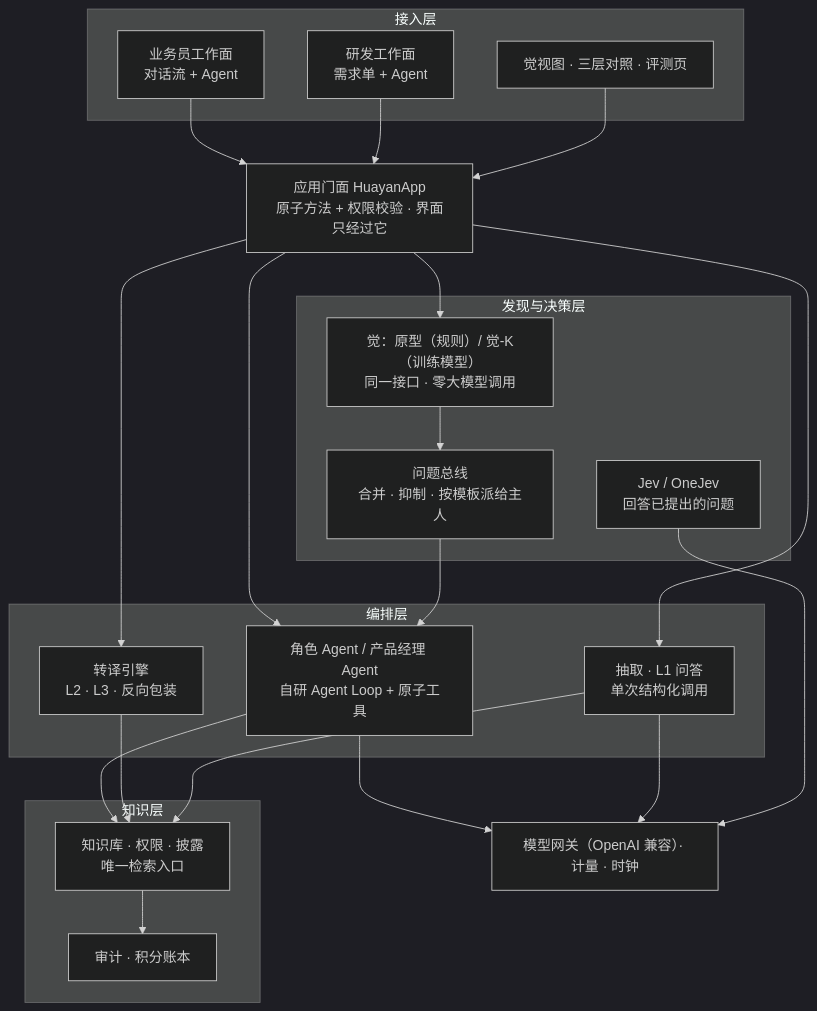
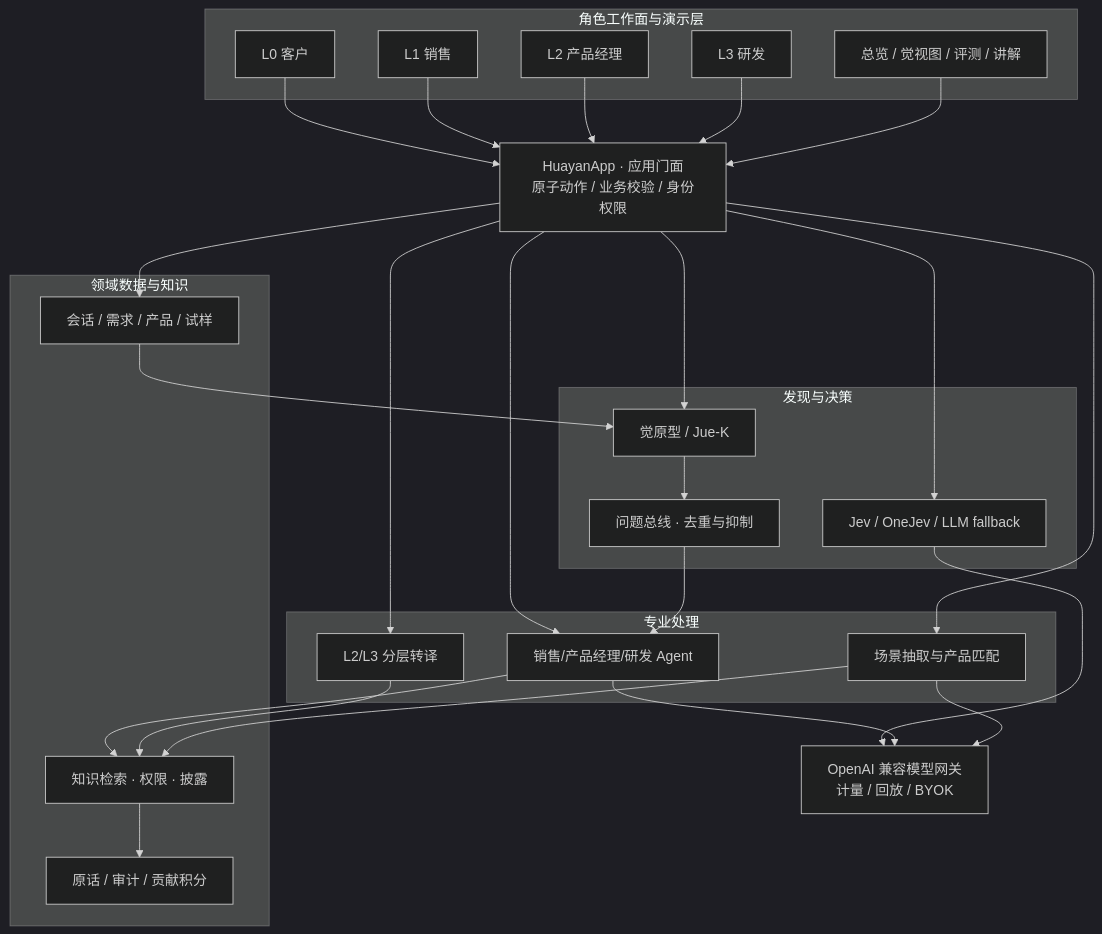
The fifth of 6 diagrams in README.md (Deliaru/Hua-Yan), drawn with Mermaid (dark theme) before and after one commit. The commit also changed other lines of this file and 21 other files, not shown here.

````diff
--- a/README.md
+++ b/README.md
@@ -622,31 +711,35 @@
 ```mermaid
 flowchart TB
-    subgraph 接入层
-        W1["业务员工作面<br/>对话流 + Agent"]
-        W2["研发工作面<br/>需求单 + Agent"]
-        JV["觉视图 · 三层对照 · 评测页"]
+    subgraph UI["角色工作面与演示层"]
+      L0["L0 客户"]
+      L1["L1 销售"]
+      L2["L2 产品经理"]
+      L3["L3 研发"]
+      OBS["总览 / 觉视图 / 评测 / 讲解"]
     end
-    APP["应用门面 HuayanApp<br/>原子方法 + 权限校验 · 界面只经过它"]
-    subgraph 编排层
-        AG["角色 Agent / 产品经理 Agent<br/>自研 Agent Loop + 原子工具"]
-        TR["转译引擎<br/>L2 · L3 · 反向包装"]
-        EX["抽取 · L1 问答<br/>单次结构化调用"]
+    APP["HuayanApp · 应用门面<br/>原子动作 / 业务校验 / 身份权限"]
+    subgraph THINK["发现与决策"]
+      J["觉原型 / Jue-K"]
+      HUB["问题总线 · 去重与抑制"]
+      V["Jev / OneJev / LLM fallback"]
     end
-    subgraph 发现与决策层
-        觉["觉：原型（规则）/ 觉-K（训练模型）<br/>同一接口 · 零大模型调用"]
-        BUS["问题总线<br/>合并 · 抑制 · 按模板派给主人"]
-        JEV["Jev / OneJev<br/>回答已提出的问题"]
+    subgraph WORK["专业处理"]
+      AG["销售/产品经理/研发 Agent"]
+      EX["场景抽取与产品匹配"]
+      TR["L2/L3 分层转译"]
     end
-    subgraph 知识层
-        KB["知识库 · 权限 · 披露<br/>唯一检索入口"]
-        LED["审计 · 积分账本"]
+    subgraph DATA["领域数据与知识"]
+      KB["知识检索 · 权限 · 披露"]
+      STATE["会话 / 需求 / 产品 / 试样"]
+      LED["原话 / 审计 / 贡献积分"]
     end
-    GW["模型网关（OpenAI 兼容）· 计量 · 时钟"]
-    W1 & W2 & JV --> APP
-    APP --> AG & TR & EX
-    觉 --> BUS --> AG
-    APP --> 觉
+    GW["OpenAI 兼容模型网关<br/>计量 / 回放 / BYOK"]
+    L0 & L1 & L2 & L3 & OBS --> APP
+    APP --> J & STATE & EX & TR & AG
+    J --> HUB --> AG
+    APP --> V
+    V & AG & EX --> GW
     AG & TR & EX --> KB
     KB --> LED
-    AG & EX & JEV --> GW
+    STATE --> J
 ```
````
